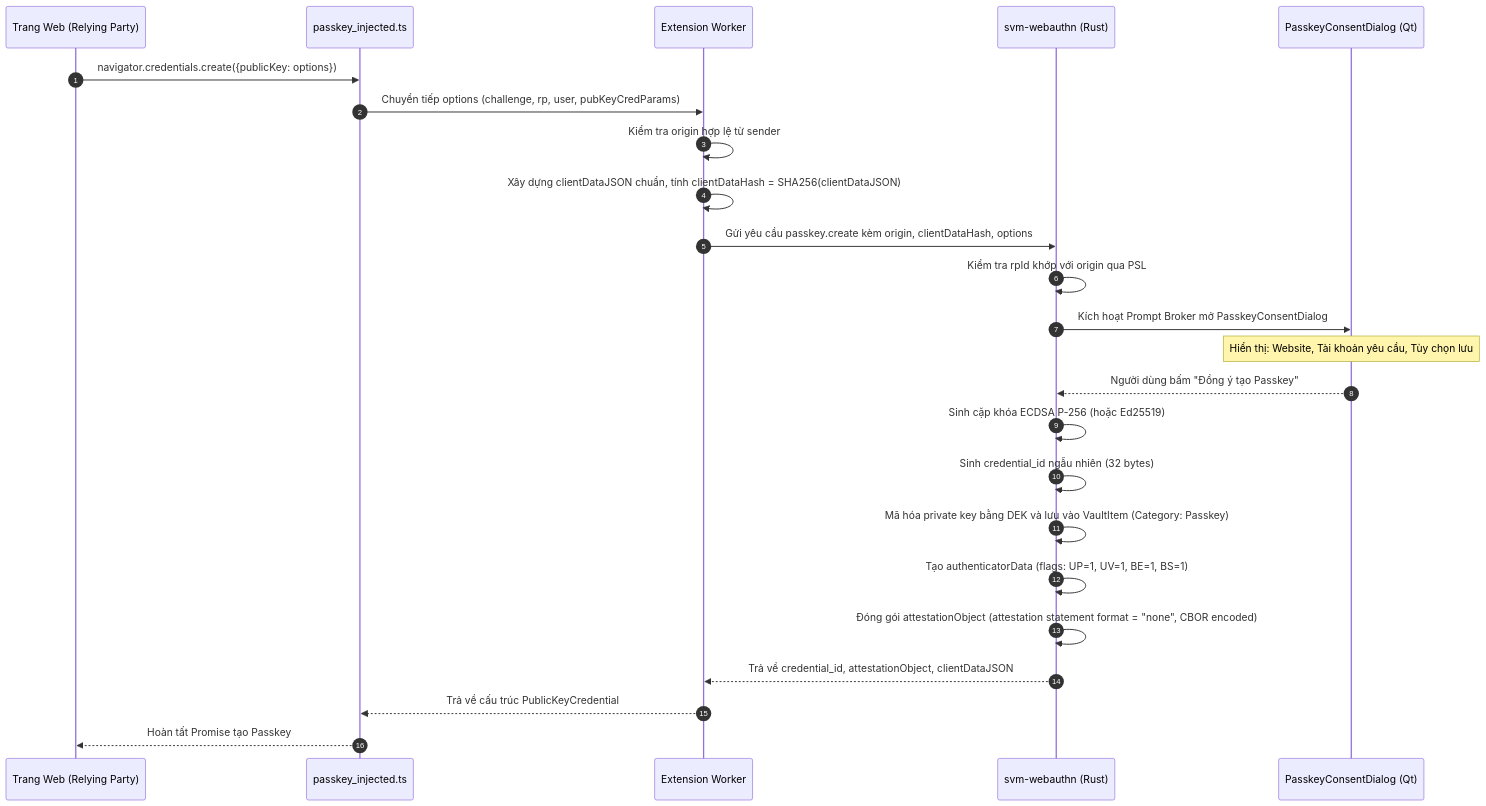
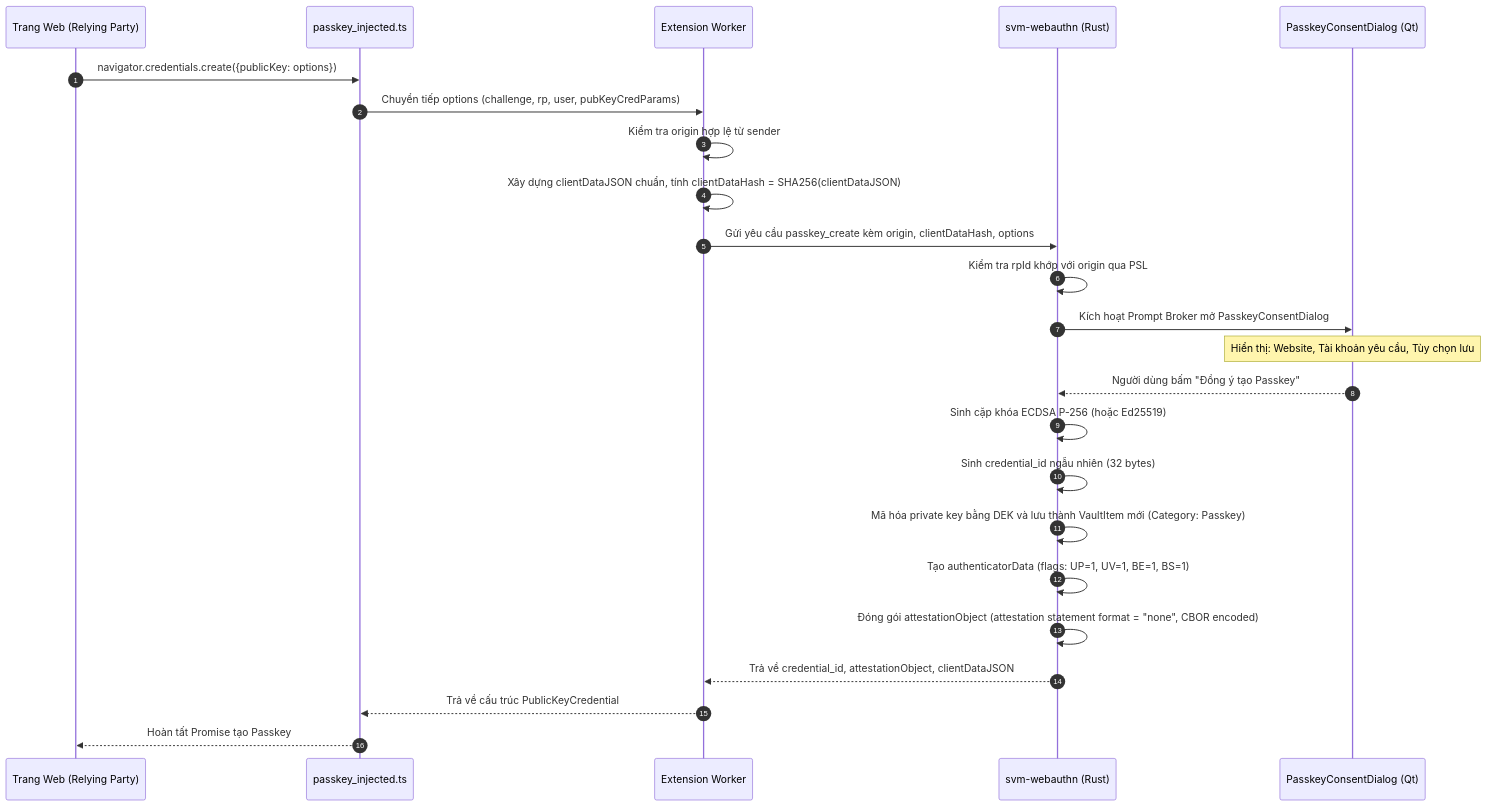
One commit to hephaestus-developers/secure-vault-manager changed the second of 3 diagrams in docs/07. Passkey Implementation.md. Above: the diagram before and after it, drawn with Mermaid. The commit also changed other lines of this file and 10 other files, not shown here.

Commit message:
docs: standardize 9-category schema, passkey isolation, and technical specs across all documentation

````diff
--- a/docs/07. Passkey Implementation.md
+++ b/docs/07. Passkey Implementation.md
@@ -55,27 +55,27 @@
 ```mermaid
 sequenceDiagram
     autonumber
     participant Web as Trang Web (Relying Party)
     participant Inj as passkey_injected.ts
     participant Ext as Extension Worker
     participant Core as svm-webauthn (Rust)
     participant UI as PasskeyConsentDialog (Qt)
 
     Web->>Inj: navigator.credentials.create({publicKey: options})
     Inj->>Ext: Chuyển tiếp options (challenge, rp, user, pubKeyCredParams)
     Ext->>Ext: Kiểm tra origin hợp lệ từ sender
     Ext->>Ext: Xây dựng clientDataJSON chuẩn, tính clientDataHash = SHA256(clientDataJSON)
-    Ext->>Core: Gửi yêu cầu passkey.create kèm origin, clientDataHash, options
+    Ext->>Core: Gửi yêu cầu passkey_create kèm origin, clientDataHash, options
     Core->>Core: Kiểm tra rpId khớp với origin qua PSL
     Core->>UI: Kích hoạt Prompt Broker mở PasskeyConsentDialog
     Note over UI: Hiển thị: Website, Tài khoản yêu cầu, Tùy chọn lưu
     UI-->>Core: Người dùng bấm "Đồng ý tạo Passkey"
     Core->>Core: Sinh cặp khóa ECDSA P-256 (hoặc Ed25519)
     Core->>Core: Sinh credential_id ngẫu nhiên (32 bytes)
-    Core->>Core: Mã hóa private key bằng DEK và lưu vào VaultItem (Category: Passkey)
+    Core->>Core: Mã hóa private key bằng DEK và lưu thành VaultItem mới (Category: Passkey)
     Core->>Core: Tạo authenticatorData (flags: UP=1, UV=1, BE=1, BS=1)
     Core->>Core: Đóng gói attestationObject (attestation statement format = "none", CBOR encoded)
     Core-->>Ext: Trả về credential_id, attestationObject, clientDataJSON
     Ext-->>Inj: Trả về cấu trúc PublicKeyCredential
     Inj-->>Web: Hoàn tất Promise tạo Passkey
 ```
````
